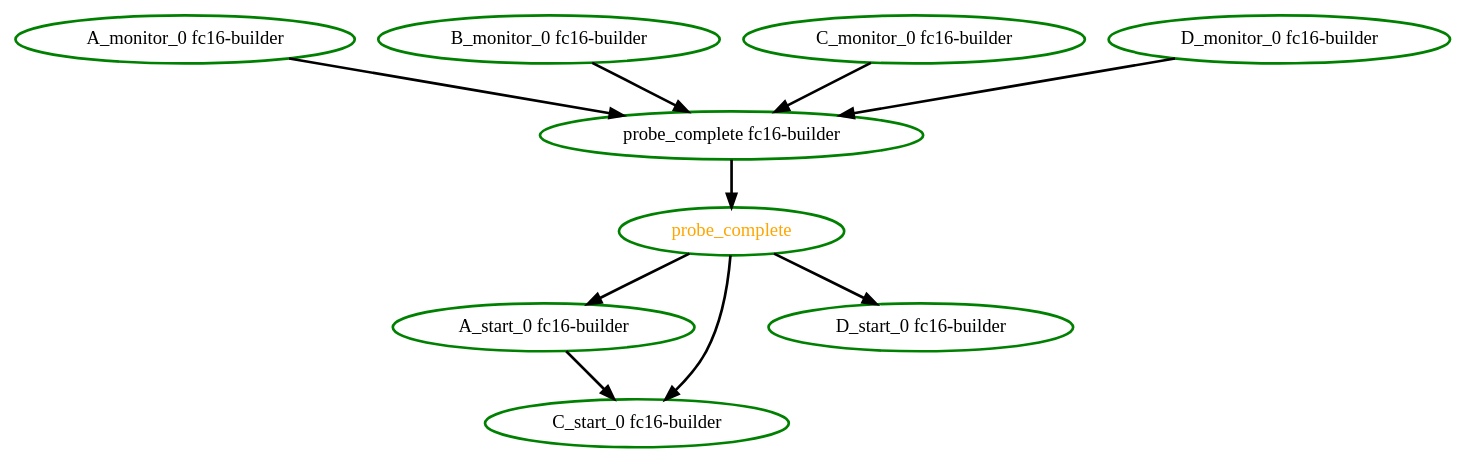
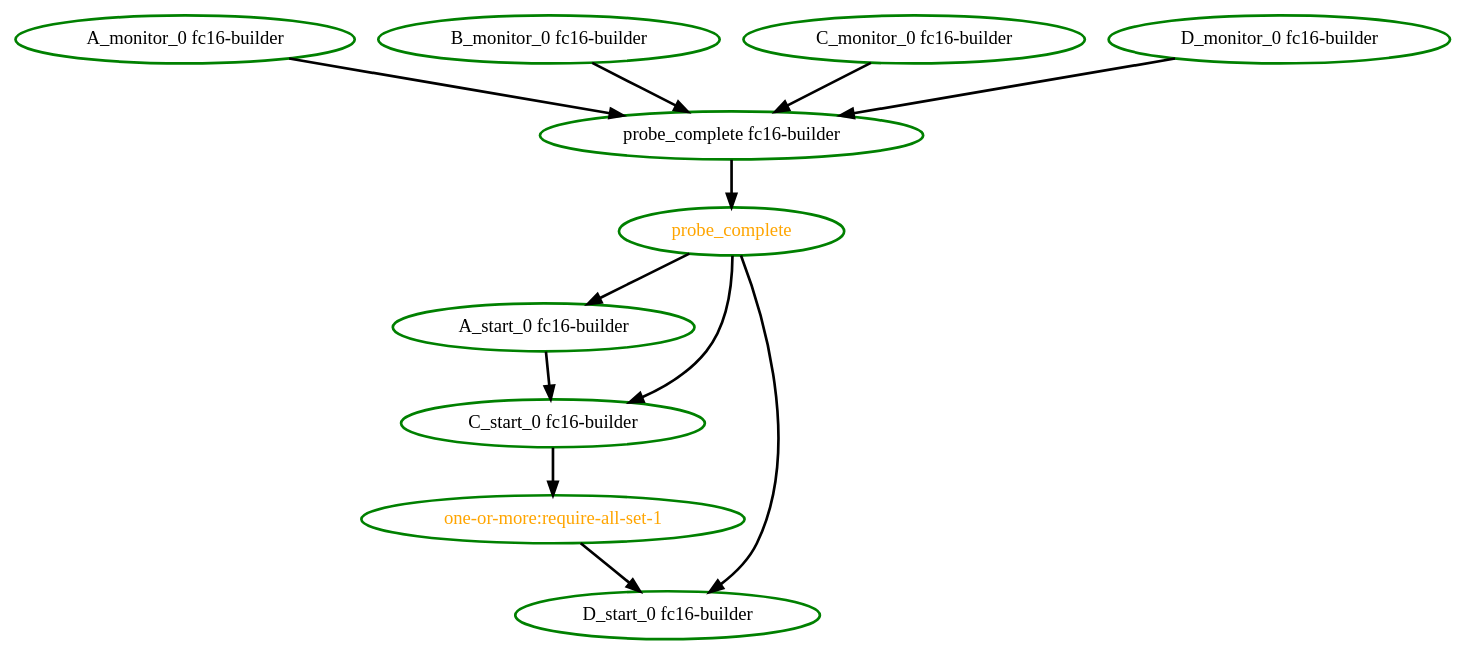
One commit to ClusterLabs/pacemaker changed the diagram in pengine/test10/one-or-more-2.dot. Above: the diagram before and after it, drawn with Graphviz. The commit also changed 9 other files, not shown here.

```diff
--- a/pengine/test10/one-or-more-2.dot
+++ b/pengine/test10/one-or-more-2.dot
@@ -1,20 +1,23 @@
 digraph "g" {
 "A_monitor_0 fc16-builder" -> "probe_complete fc16-builder" [ style = bold]
 "A_monitor_0 fc16-builder" [ style=bold color="green" fontcolor="black"]
 "A_start_0 fc16-builder" -> "C_start_0 fc16-builder" [ style = bold]
 "A_start_0 fc16-builder" [ style=bold color="green" fontcolor="black"]
 "B_monitor_0 fc16-builder" -> "probe_complete fc16-builder" [ style = bold]
 "B_monitor_0 fc16-builder" [ style=bold color="green" fontcolor="black"]
 "C_monitor_0 fc16-builder" -> "probe_complete fc16-builder" [ style = bold]
 "C_monitor_0 fc16-builder" [ style=bold color="green" fontcolor="black"]
+"C_start_0 fc16-builder" -> "one-or-more:require-all-set-1" [ style = bold]
 "C_start_0 fc16-builder" [ style=bold color="green" fontcolor="black"]
 "D_monitor_0 fc16-builder" -> "probe_complete fc16-builder" [ style = bold]
 "D_monitor_0 fc16-builder" [ style=bold color="green" fontcolor="black"]
 "D_start_0 fc16-builder" [ style=bold color="green" fontcolor="black"]
+"one-or-more:require-all-set-1" -> "D_start_0 fc16-builder" [ style = bold]
+"one-or-more:require-all-set-1" [ style=bold color="green" fontcolor="orange"]
 "probe_complete fc16-builder" -> "probe_complete" [ style = bold]
 "probe_complete fc16-builder" [ style=bold color="green" fontcolor="black"]
 "probe_complete" -> "A_start_0 fc16-builder" [ style = bold]
 "probe_complete" -> "C_start_0 fc16-builder" [ style = bold]
 "probe_complete" -> "D_start_0 fc16-builder" [ style = bold]
 "probe_complete" [ style=bold color="green" fontcolor="orange"]
 }
```
